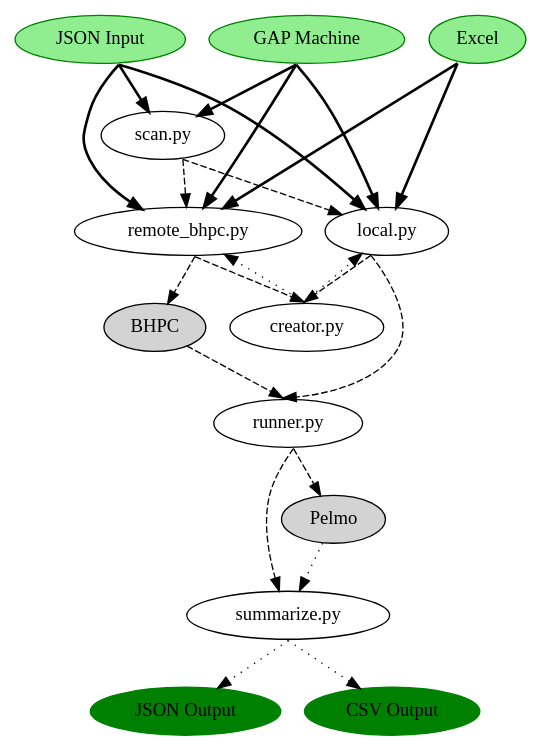
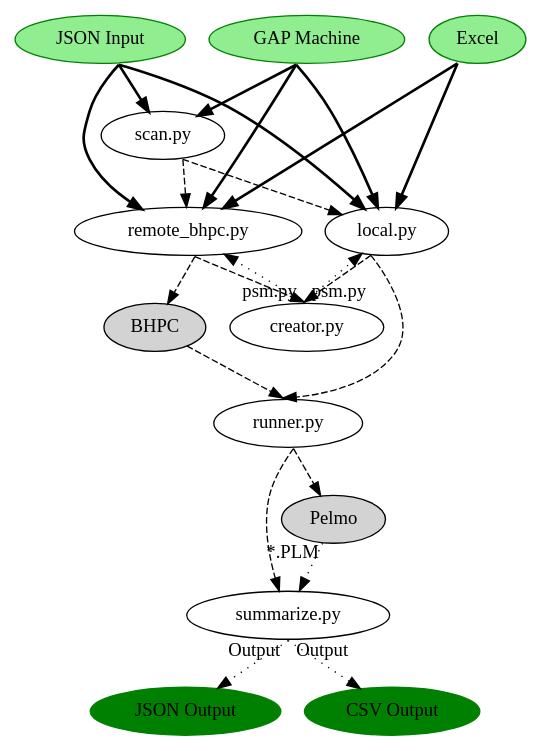
One commit to reyemDarnok/active-learning changed the diagram in Documentation/sources/diagram.dot. Above: the diagram before and after it, drawn with Graphviz. The commit also changed 2 other files, not shown here.

Commit message:
added label to data flows

```diff
--- a/Documentation/sources/diagram.dot
+++ b/Documentation/sources/diagram.dot
@@ -1,58 +1,58 @@
 digraph {
 subgraph scripts {
 "scan.py"
 subgraph orchestrators {
 rank = same
 "local.py"
 "remote_bhpc.py"
 }
 "creator.py"
 "runner.py"
 "summarize.py"
 }
 
 subgraph externals {
 node [style = filled, fillcolor = "lightgrey"]
 "Pelmo"
 "BHPC"
 }
 
 subgraph io {
 node [style = filled, fillcolor = "lightgreen", color = "green"]
 subgraph input {
 rank = same
 "GAP Machine"
 "Excel"
 "JSON Input"
 }
 subgraph output {
 node [style = filled, fillcolor = "green"]
 "JSON Output"
 "CSV Output"
 }
 }
 
 subgraph program_call_edges {
 edge [sametail = "caller", samehead = "callee", style = dashed]
 "scan.py" -> {"local.py", "remote_bhpc.py"}
 {"local.py", "remote_bhpc.py"} -> "creator.py"
 "local.py" -> "runner.py"
 "runner.py" -> "Pelmo"
 "remote_bhpc.py" -> "BHPC"
 "BHPC" -> "runner.py"
 "runner.py" -> "summarize.py"
 }
 
 subgraph data_transfer_edges {
 edge [sametail = "creator", samehead = "receiver", style =dotted]
-"creator.py" -> {"local.py", "remote_bhpc.py"}
-"Pelmo" -> "summarize.py"
-"summarize.py" -> {"JSON Output", "CSV Output"}
+"creator.py" -> {"local.py", "remote_bhpc.py"} [taillabel = "psm.py"]
+"Pelmo" -> "summarize.py" [taillabel ="*.PLM"]
+"summarize.py" -> {"JSON Output", "CSV Output"} [taillabel = "Output"]
 }
 
 subgraph manual_flow_edges {
-edge [sametail = "source", style= bold]
+edge [sametail = "source", style = bold]
 { "GAP Machine", "Excel", "JSON Input" } -> {"local.py", "remote_bhpc.py"}
 { "GAP Machine", "JSON Input" } -> {"scan.py"}
 }
 }
```
